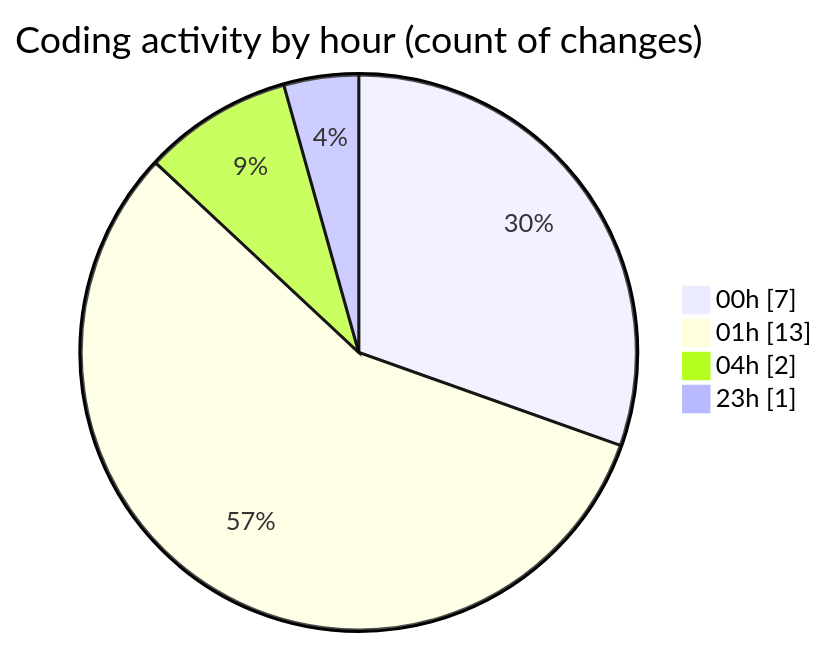
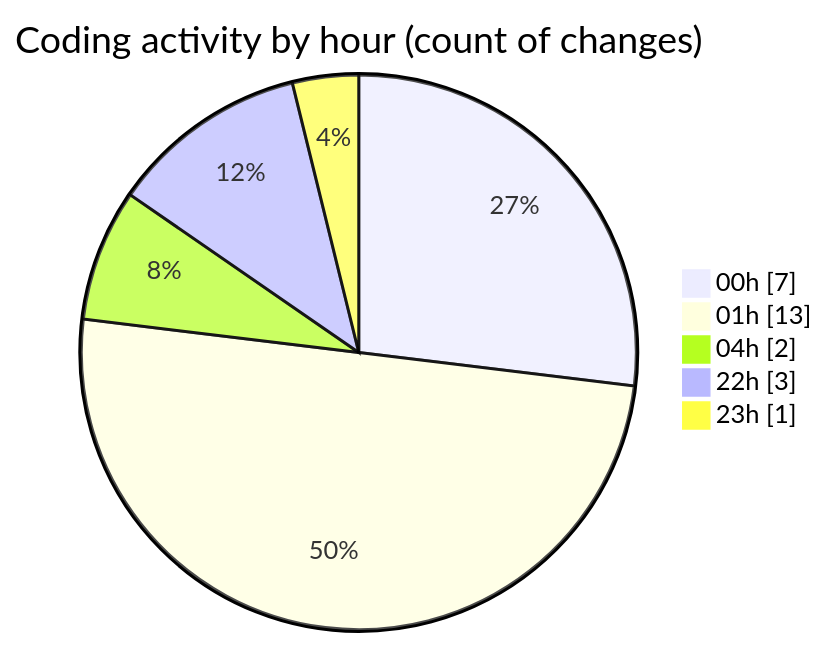
Before and after one commit to EIIisD/code-tracking: the second of 2 diagrams in 2025-07-11/fish/README.md, drawn with Mermaid. The commit also changed other lines of this file and 1 other file, not shown here.

````diff
--- a/2025-07-11/fish/README.md
+++ b/2025-07-11/fish/README.md
@@ -33,8 +34,9 @@
 ```mermaid
 pie showData
 title Coding activity by hour (count of changes)
 "00h" : 7
 "01h" : 13
 "04h" : 2
+"22h" : 3
 "23h" : 1
 ```
````
